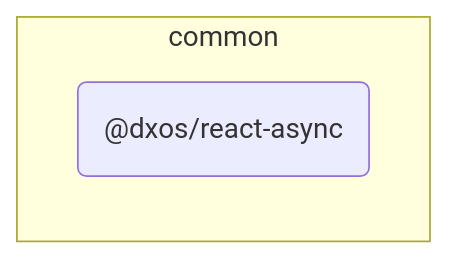
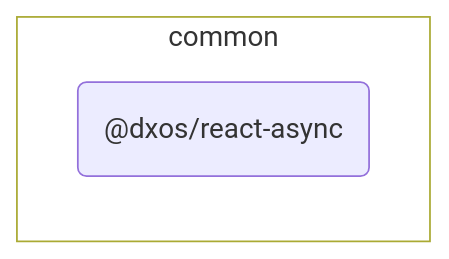
The diagram in packages/common/react-async/docs/README.md (dxos/dxos), drawn with Mermaid before and after one commit. The commit also changed 80 other files, not shown here.

````diff
--- a/packages/common/react-async/docs/README.md
+++ b/packages/common/react-async/docs/README.md
@@ -7,15 +7,17 @@
 ```mermaid
 %%{ init: {'flowchart':{'curve':'basis'}} }%%
 
 flowchart LR
 
+%% Classes
+
+
+
 %% Nodes
 
 subgraph common [common]
+  style common fill:transparent
   dxos/react-async("@dxos/react-async"):::root
   click dxos/react-async "dxos/dxos/tree/main/packages/common/react-async/docs"
 end
-
-%% Links
-linkStyle default stroke:#333,stroke-width:1px
 ```
````
